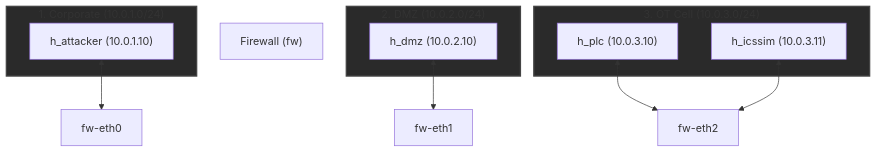
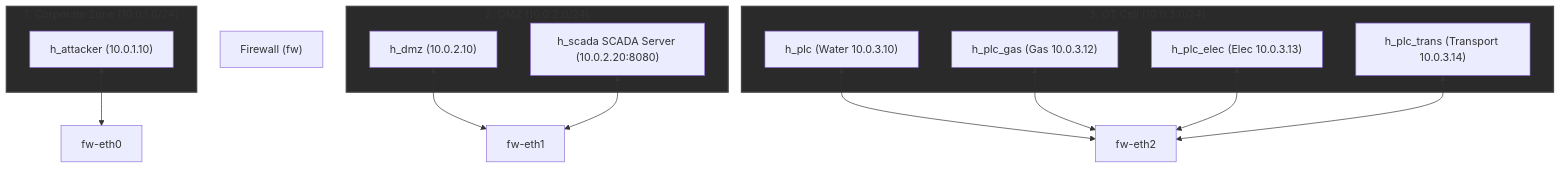
One commit to kripiman/CityLab changed the first of 2 diagrams in docs/ARCHITECTURE.md. Above: the diagram before and after it, drawn with Mermaid. The commit also changed other lines of this file and 8 other files, not shown here.

Commit message:
feat(phase3): add transport sector, dmz scada server and ctf scenario playbooks

````diff
--- a/docs/ARCHITECTURE.md
+++ b/docs/ARCHITECTURE.md
@@ -15,25 +16,31 @@
 ```mermaid
 graph TD
-    subgraph CorpZone ["1. Corporate (10.0.1.0/24)"]
+    subgraph CorpZone ["1. Corporate Zone (10.0.1.0/24)"]
         h_attacker["h_attacker (10.0.1.10)"]
     end
 
     subgraph DmzZone ["2. DMZ (10.0.2.0/24)"]
         h_dmz["h_dmz (10.0.2.10)"]
+        h_scada["h_scada SCADA Server (10.0.2.20:8080)"]
     end
 
     subgraph OtZone ["3. OT Cell (10.0.3.0/24)"]
-        h_plc["h_plc (10.0.3.10)"]
-        h_icssim["h_icssim (10.0.3.11)"]
+        h_plc_water["h_plc (Water 10.0.3.10)"]
+        h_plc_gas["h_plc_gas (Gas 10.0.3.12)"]
+        h_plc_elec["h_plc_elec (Elec 10.0.3.13)"]
+        h_plc_trans["h_plc_trans (Transport 10.0.3.14)"]
     end
 
     fw["Firewall (fw)"]
 
     h_attacker <--> fw-eth0
     h_dmz <--> fw-eth1
-    h_plc <--> fw-eth2
-    h_icssim <--> fw-eth2
+    h_scada <--> fw-eth1
+    h_plc_water <--> fw-eth2
+    h_plc_gas <--> fw-eth2
+    h_plc_elec <--> fw-eth2
+    h_plc_trans <--> fw-eth2
 
     classDef zone fill:#2a2a2a,stroke:#444,stroke-width:2px;
     class CorpZone,DmzZone,OtZone zone;
 ```
````
